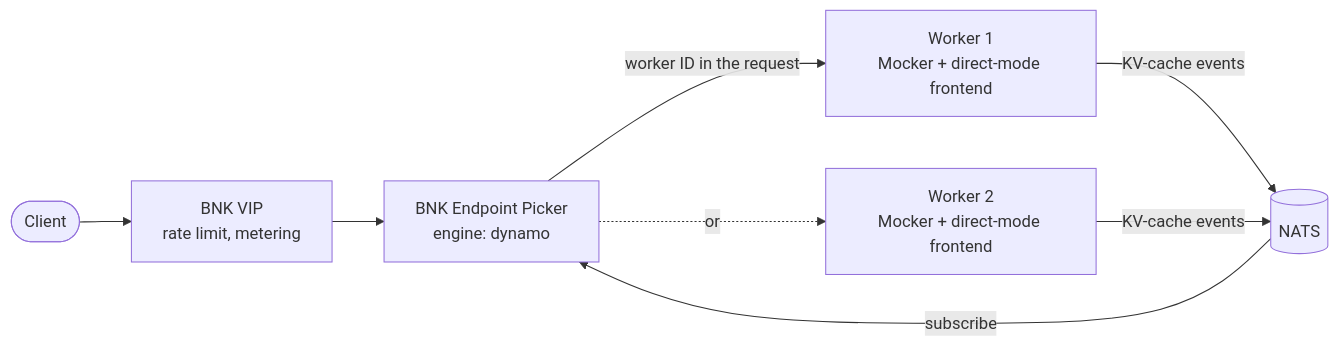
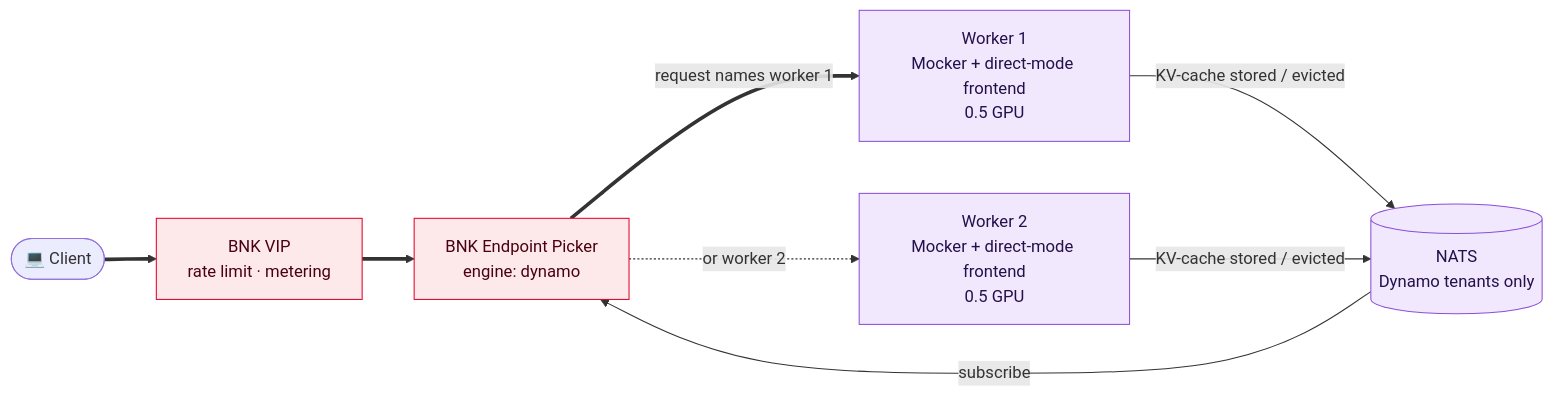
The fourth of 5 diagrams in README.md (iracic82/bnk-runai-lab), drawn with Mermaid before and after one commit. The commit also changed other lines of this file and 2 other files, not shown here.

Commit message:
README: lab topology image, the eight flows with their proof, colour-coded diagrams

````diff
--- a/README.md
+++ b/README.md
@@ -153,9 +212,14 @@
 ```mermaid
 flowchart LR
-    c(["Client"]) --> vip["BNK VIP<br/>rate limit, metering"]
-    vip --> epp["BNK Endpoint Picker<br/>engine: dynamo"]
-    epp -->|"worker ID in the request"| w1["Worker 1<br/>Mocker + direct-mode frontend"]
-    epp -.->|"or"| w2["Worker 2<br/>Mocker + direct-mode frontend"]
-    w1 & w2 -->|"KV-cache events"| nats[("NATS")]
+    c(["💻 Client"]) ==> vip["BNK VIP<br/>rate limit · metering"]
+    vip ==> epp["BNK Endpoint Picker<br/>engine: dynamo"]
+    epp ==>|"request names worker 1"| w1["Worker 1<br/>Mocker + direct-mode frontend<br/>0.5 GPU"]
+    epp -.->|"or worker 2"| w2["Worker 2<br/>Mocker + direct-mode frontend<br/>0.5 GPU"]
+    w1 & w2 -->|"KV-cache stored / evicted"| nats[("NATS<br/>Dynamo tenants only")]
     nats -->|subscribe| epp
+
+    classDef bnk fill:#fde8ea,stroke:#e4002b,color:#4a0010
+    classDef dyn fill:#f1e8fd,stroke:#8b4fd8,color:#24104a
+    class vip,epp bnk
+    class w1,w2,nats dyn
 ```
````
